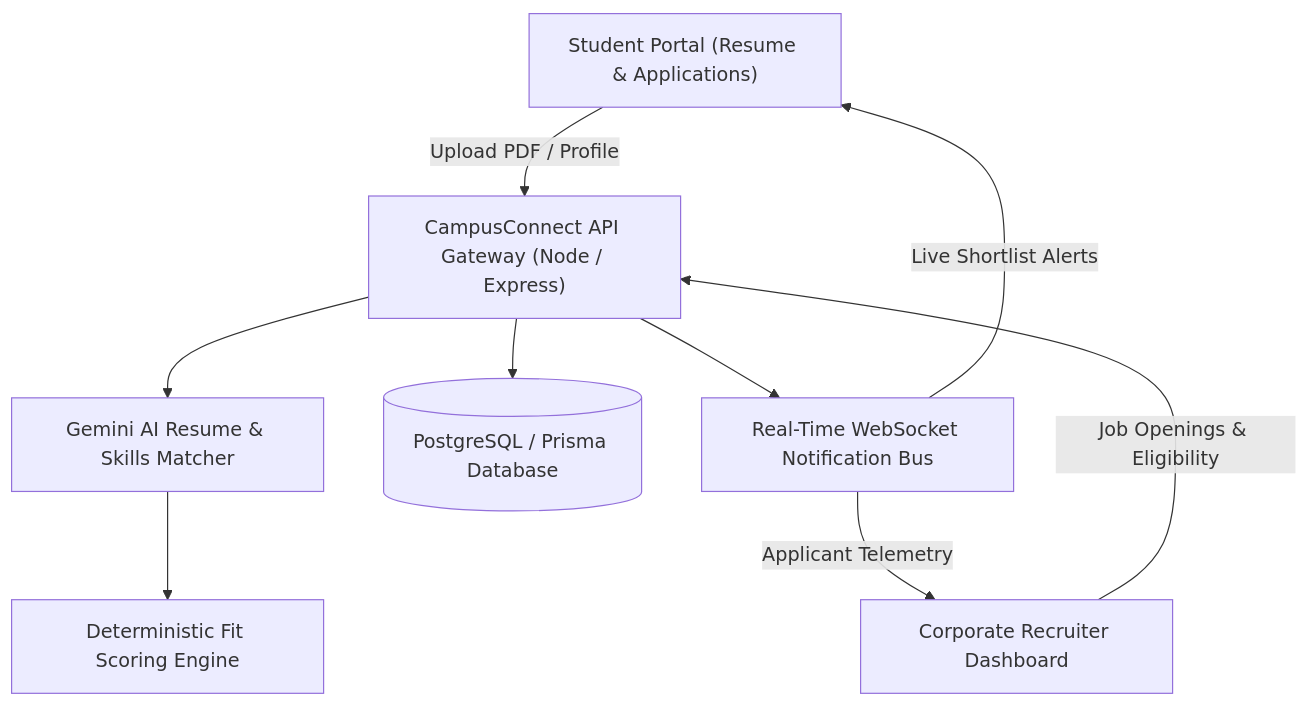
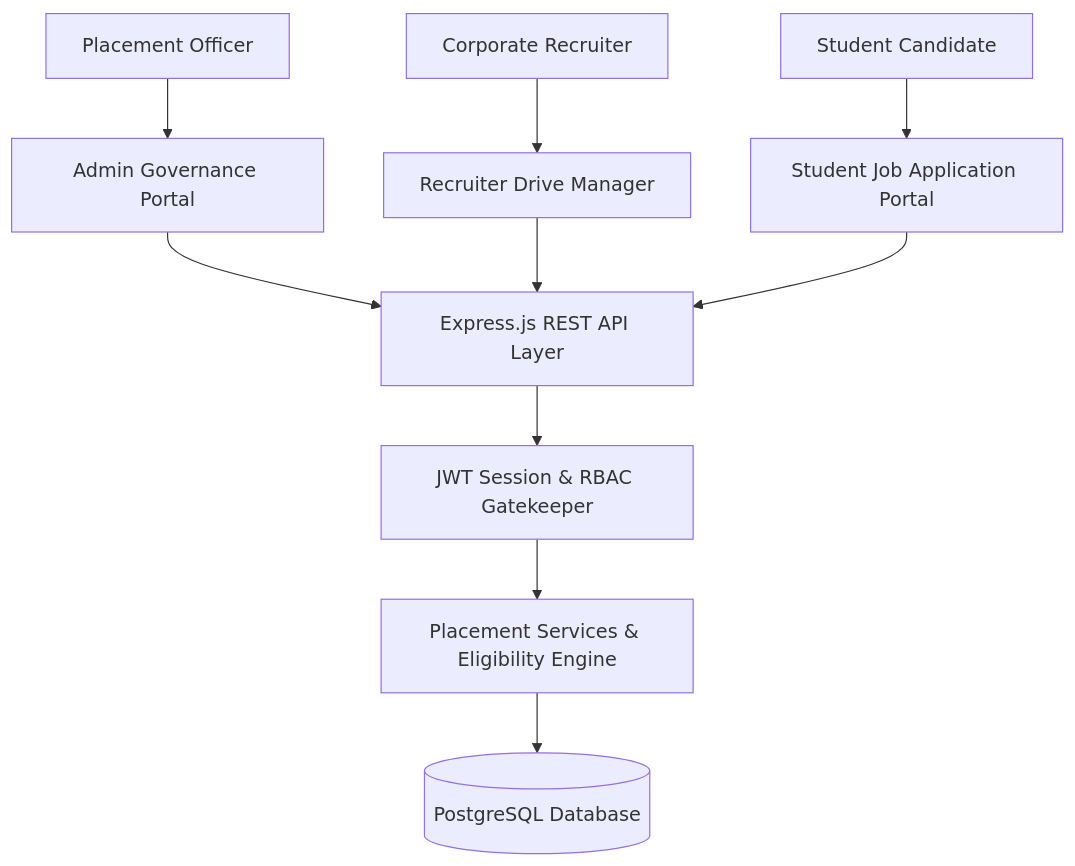
Before and after one commit to Tharun4743/CampusConnect: the diagram in README.md, drawn with Mermaid. The commit also changed other lines of this file and 2 other files, not shown here.

Commit message:
docs: standardize 4-page IEEE technical report, proprietary license, and IDE gateway

````diff
--- a/README.md
+++ b/README.md
@@ -59,11 +40,11 @@
 ```mermaid
-graph TD
-    Student["Student Portal (Resume & Applications)"] -->|Upload PDF / Profile| Gateway["CampusConnect API Gateway (Node / Express)"]
-    Recruiter["Corporate Recruiter Dashboard"] -->|Job Openings & Eligibility| Gateway
-    Gateway --> Parser["Gemini AI Resume & Skills Matcher"]
-    Parser --> MatchScore["Deterministic Fit Scoring Engine"]
-    Gateway --> DB[("PostgreSQL / Prisma Database")]
-    Gateway --> SocketHub["Real-Time WebSocket Notification Bus"]
-    SocketHub -->|Live Shortlist Alerts| Student
-    SocketHub -->|Applicant Telemetry| Recruiter
+flowchart TD
+    Officer["Placement Officer"] --> AdminPanel["Admin Governance Portal"]
+    Recruiter["Corporate Recruiter"] --> RecruiterPanel["Recruiter Drive Manager"]
+    Student["Student Candidate"] --> StudentDashboard["Student Job Application Portal"]
+    
+    AdminPanel & RecruiterPanel & StudentDashboard --> API["Express.js REST API Layer"]
+    API --> Auth["JWT Session & RBAC Gatekeeper"]
+    Auth --> ServiceLayer["Placement Services & Eligibility Engine"]
+    ServiceLayer --> DB[("PostgreSQL Database")]
 ```
````
